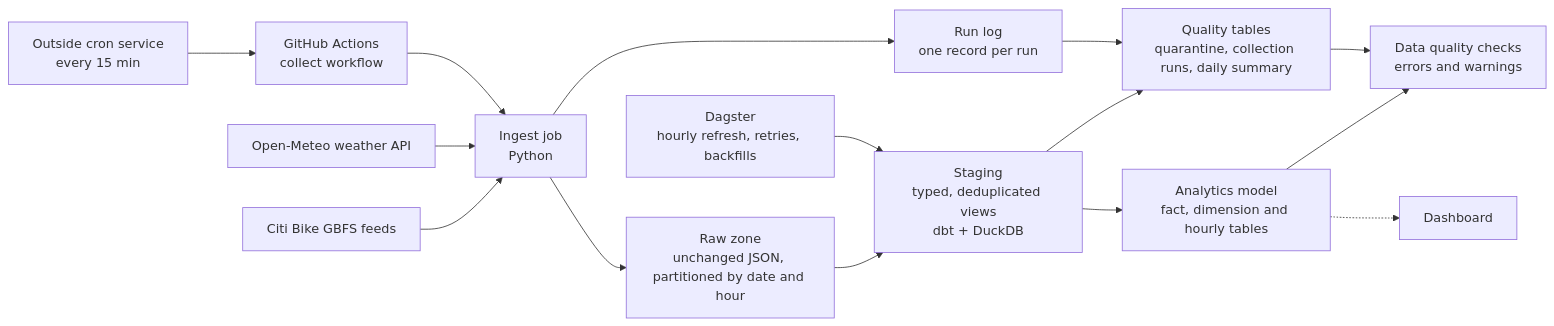
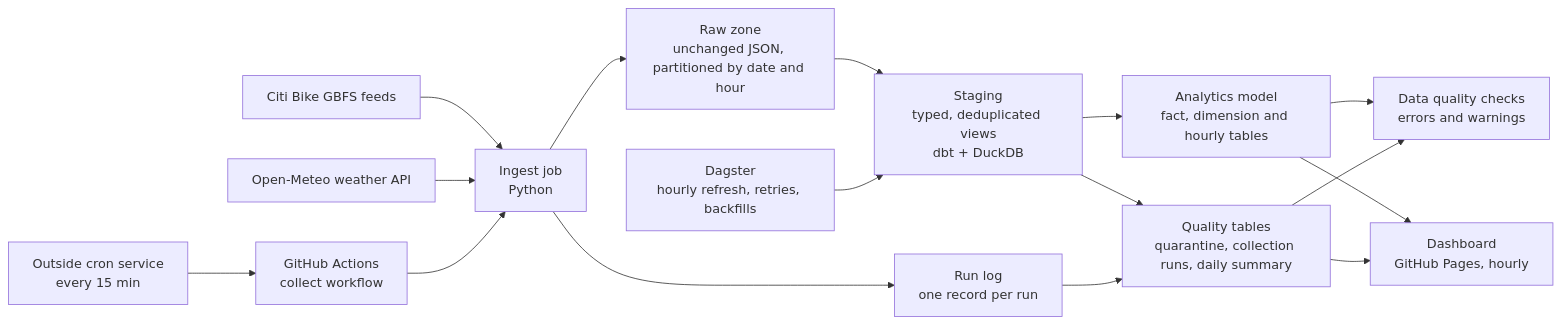
Before and after one commit to DTOX10011/bikeshare-data-pipeline: the first of 2 diagrams in README.md, drawn with Mermaid. The commit also changed other lines of this file and 7 other files, not shown here.

````diff
--- a/README.md
+++ b/README.md
@@ -11,17 +13,18 @@
 ```mermaid
 flowchart LR
     A[Citi Bike GBFS feeds] --> B[Ingest job<br>Python]
     W[Open-Meteo weather API] --> B
     T[Outside cron service<br>every 15 min] --> H[GitHub Actions<br>collect workflow]
     H --> B
     B --> C[Raw zone<br>unchanged JSON, partitioned by date and hour]
     B --> L[Run log<br>one record per run]
     C --> D[Staging<br>typed, deduplicated views<br>dbt + DuckDB]
     D --> E[Analytics model<br>fact, dimension and hourly tables]
     D --> Q[Quality tables<br>quarantine, collection runs, daily summary]
     L --> Q
     E --> G[Data quality checks<br>errors and warnings]
     Q --> G
     O[Dagster<br>hourly refresh, retries, backfills] --> D
-    E -.-> F[Dashboard]
+    E --> F[Dashboard<br>GitHub Pages, hourly]
+    Q --> F
 ```
````
